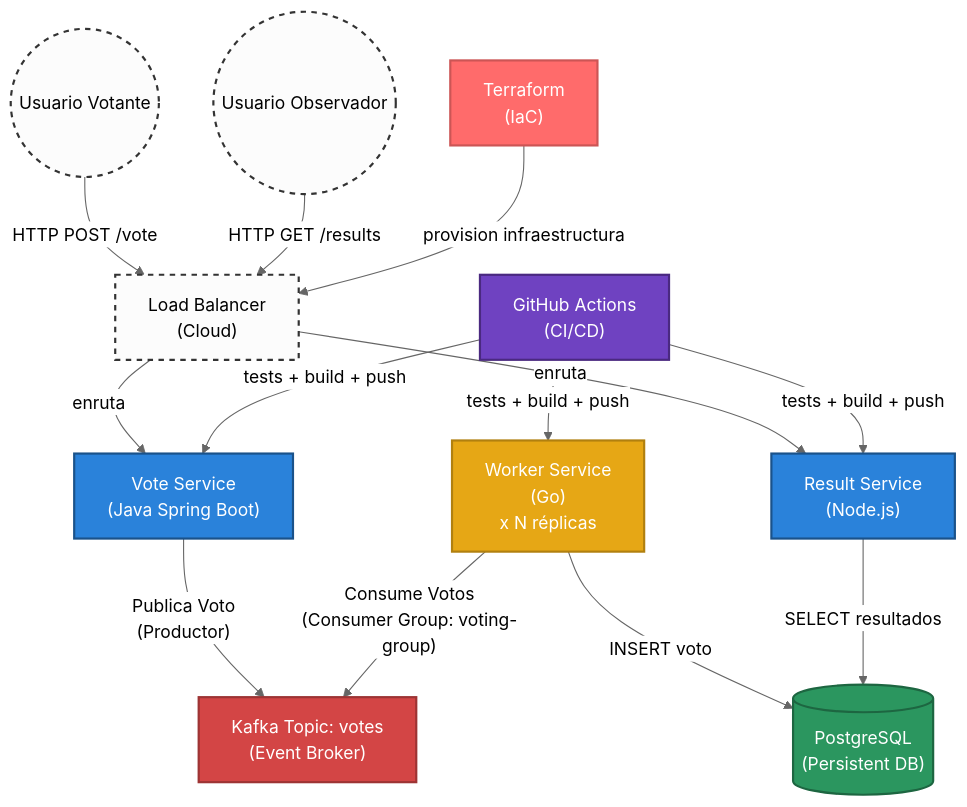
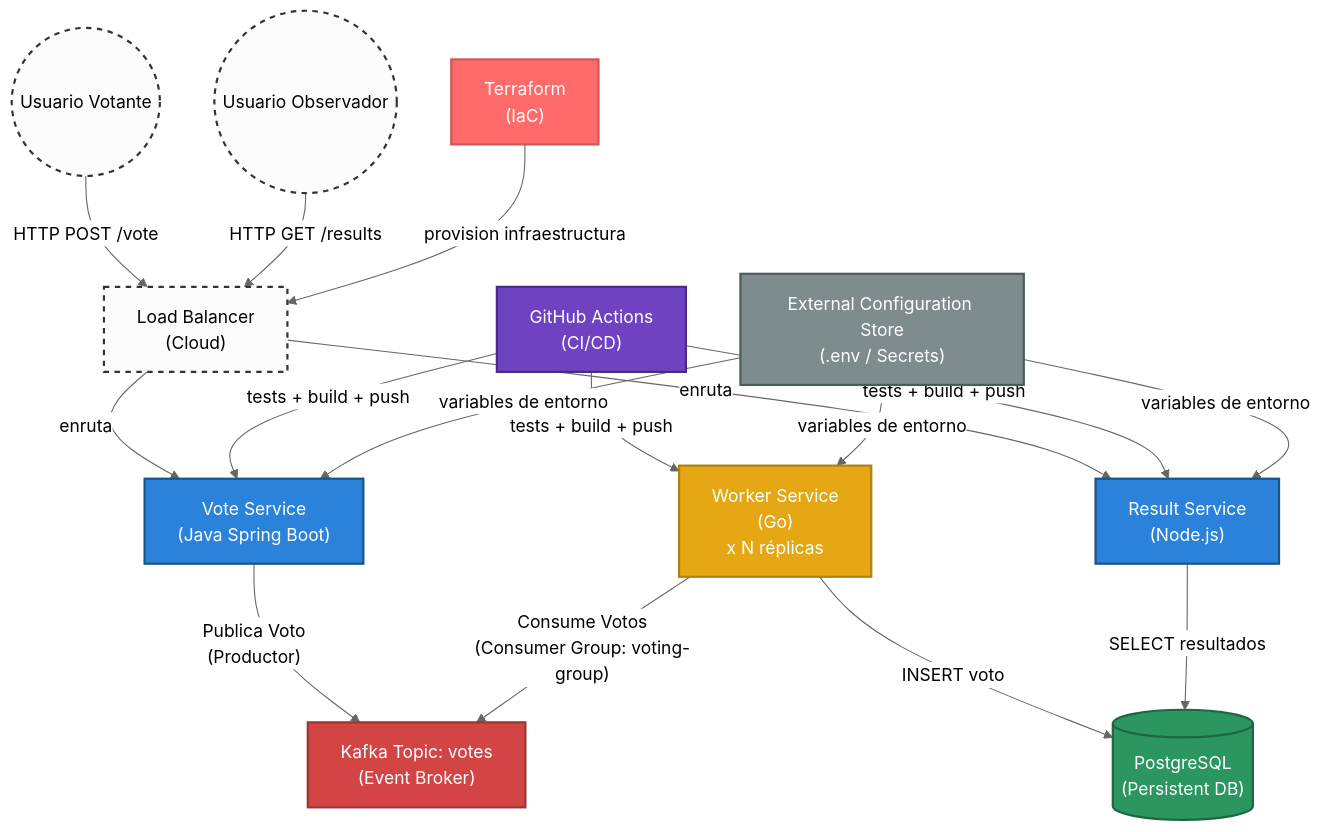
Before and after one commit to Ingesoft-V/microservices-demo: the diagram in Taller1.md, drawn with Mermaid (neutral theme). The commit also changed other lines of this file and 8 other files, not shown here.

Commit message:
feat(patterns): implement pub-sub, producer-consumer and external configuration store

````diff
--- a/Taller1.md
+++ b/Taller1.md
@@ -70,42 +79,47 @@
 ```mermaid
 graph TD
     classDef frontend fill:#2a82da,stroke:#1a528a,stroke-width:2px,color:#fff
     classDef worker fill:#e6a715,stroke:#b1800f,stroke-width:2px,color:#fff
     classDef broker fill:#d34545,stroke:#9d3434,stroke-width:2px,color:#fff
     classDef db fill:#2b965f,stroke:#1d6641,stroke-width:2px,color:#fff
     classDef external fill:#fcfcfc,stroke:#333,stroke-width:2px,stroke-dasharray: 5 5
     classDef ci fill:#6f42c1,stroke:#4a2980,stroke-width:2px,color:#fff
     classDef infra fill:#ff6b6b,stroke:#cc5555,stroke-width:2px,color:#fff
+    classDef config fill:#7f8c8d,stroke:#4d5b5c,stroke-width:2px,color:#fff
 
     Votante((Usuario Votante)):::external
     Observador((Usuario Observador)):::external
 
     Ingress["Load Balancer\n(Cloud)"]:::external
 
     Vote["Vote Service\n(Java Spring Boot)"]:::frontend
     Result["Result Service\n(Node.js)"]:::frontend
     Worker["Worker Service\n(Go)\nx N réplicas"]:::worker
 
     Kafka["Kafka Topic: votes\n(Event Broker)"]:::broker
     Postgres[("PostgreSQL\n(Persistent DB)")]:::db
 
     GitHub["GitHub Actions\n(CI/CD)"]:::ci
     Terraform["Terraform\n(IaC)"]:::infra
+    ConfigStore["External Configuration Store\n(.env / Secrets)"]:::config
 
     Votante -->|"HTTP POST /vote"| Ingress
     Observador -->|"HTTP GET /results"| Ingress
 
     Ingress -->|"enruta"| Vote
     Ingress -->|"enruta"| Result
 
     Vote -->|"Publica Voto\n(Productor)"| Kafka
     Worker -->|"Consume Votos\n(Consumer Group: voting-group)"| Kafka
 
     Worker -->|"INSERT voto"| Postgres
     Result -->|"SELECT resultados"| Postgres
 
     GitHub -->|"tests + build + push"| Vote
     GitHub -->|"tests + build + push"| Worker
     GitHub -->|"tests + build + push"| Result
     Terraform -->|"provision infraestructura"| Ingress
+    ConfigStore -->|"variables de entorno"| Vote
+    ConfigStore -->|"variables de entorno"| Worker
+    ConfigStore -->|"variables de entorno"| Result
 ```
````
